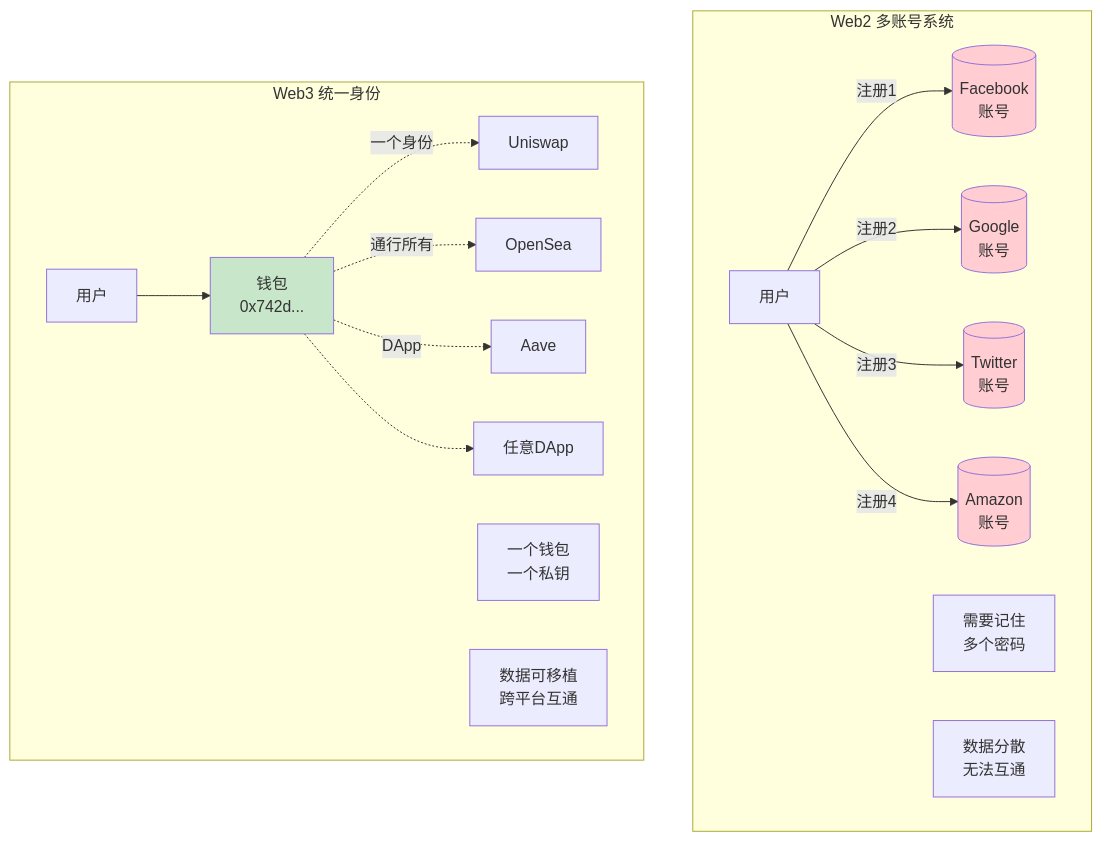
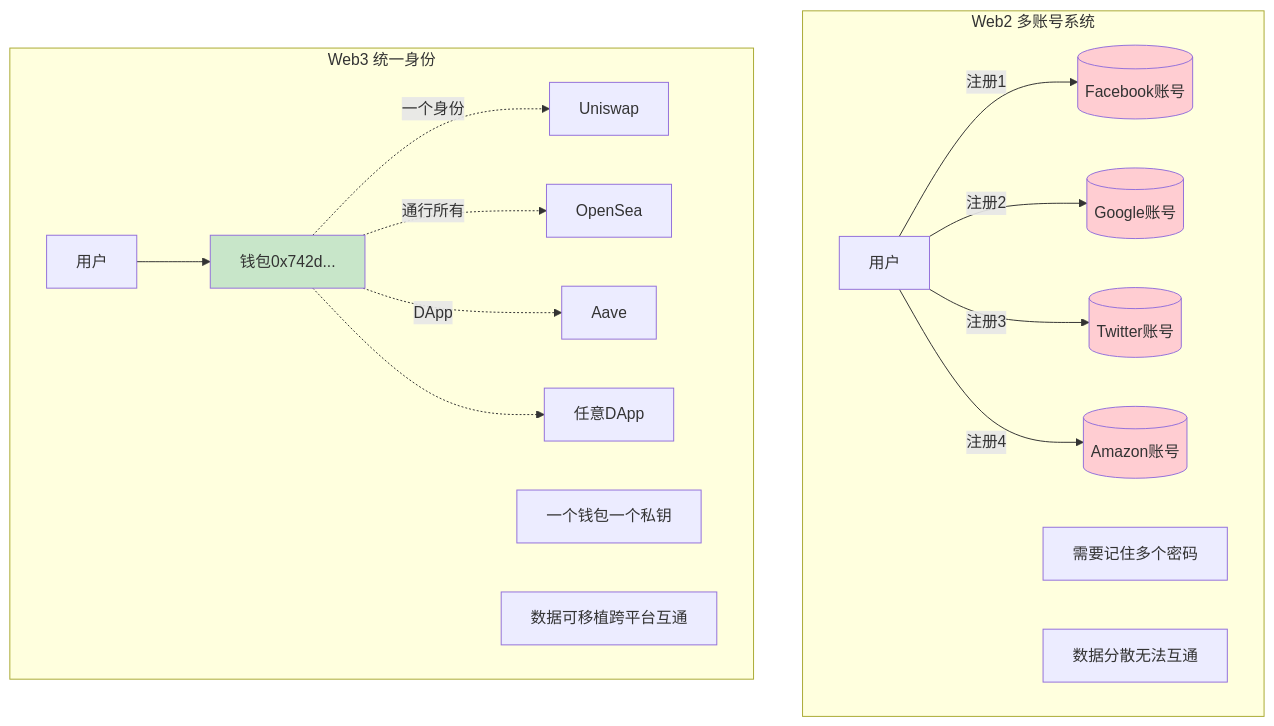
Diagram 11 of 29 in src/content/posts/web3/web2-vs-web3.md (liuxing95/blog), drawn with Mermaid before and after one commit. The commit also changed other lines of this file and 3 other files, not shown here.

````diff
--- a/src/content/posts/web3/web2-vs-web3.md
+++ b/src/content/posts/web3/web2-vs-web3.md
@@ -512,44 +504,44 @@
 ```mermaid
 graph TB
     subgraph "Web2 多账号系统"
         User1[用户]
 
-        FB[(Facebook<br/>账号)]
-        Google[(Google<br/>账号)]
-        Twitter[(Twitter<br/>账号)]
-        Amazon[(Amazon<br/>账号)]
+        FB[(Facebook账号)]
+        Google[(Google账号)]
+        Twitter[(Twitter账号)]
+        Amazon[(Amazon账号)]
 
         User1 -->|注册1| FB
         User1 -->|注册2| Google
         User1 -->|注册3| Twitter
         User1 -->|注册4| Amazon
 
-        Note1[需要记住<br/>多个密码]
-        Note2[数据分散<br/>无法互通]
+        Note1[需要记住多个密码]
+        Note2[数据分散无法互通]
     end
 
     subgraph "Web3 统一身份"
         User2[用户]
-        Wallet[钱包<br/>0x742d...]
+        Wallet[钱包0x742d...]
 
         DApp1[Uniswap]
         DApp2[OpenSea]
         DApp3[Aave]
         DApp4[任意DApp]
 
         User2 --> Wallet
         Wallet -.一个身份.-> DApp1
         Wallet -.通行所有.-> DApp2
         Wallet -.DApp.-> DApp3
         Wallet -.-> DApp4
 
-        Note3[一个钱包<br/>一个私钥]
-        Note4[数据可移植<br/>跨平台互通]
+        Note3[一个钱包一个私钥]
+        Note4[数据可移植跨平台互通]
     end
 
     style FB fill:#ffcdd2
     style Google fill:#ffcdd2
     style Twitter fill:#ffcdd2
     style Amazon fill:#ffcdd2
     style Wallet fill:#c8e6c9
 ```
````
